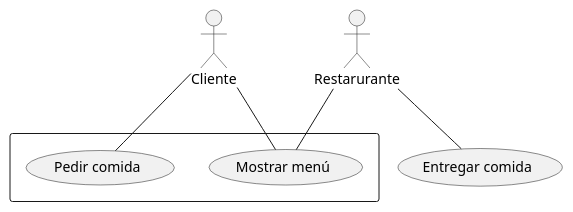
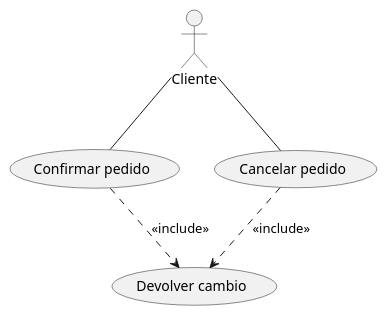
The diagram in Elementos.puml (abrahambelen/ClasesDeUsoPlantUML_I), drawn with PlantUML before and after one commit.

Commit message:
Inclusión.

```diff
--- a/Elementos.puml
+++ b/Elementos.puml
@@ -1,18 +1,15 @@
 @startuml
 
 actor Cliente
-actor Restarurante
 
-(Entregar comida)
+(Confirmar pedido)
+(Cancelar pedido)
+(Devolver cambio)
 
-rectangle {
-(Mostrar menú)
-(Pedir comida)
-}
+Cliente -- (Confirmar pedido)
+Cliente -- (Cancelar pedido)
 
-Cliente -- (Mostrar menú)
-Cliente -- (Pedir comida)
-Restarurante -- (Entregar comida)
-Restarurante -- (Mostrar menú)
+(Confirmar pedido) ..> (Devolver cambio) : <<include>>
+(Cancelar pedido) ..> (Devolver cambio) : <<include>>
 
 @enduml
```
